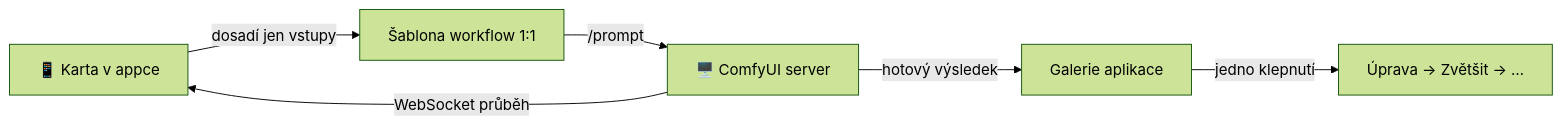
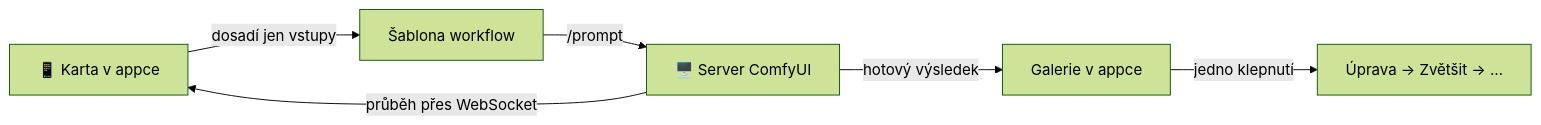
The diagram in README.md (Promptlab37/PocketComfy), drawn with Mermaid (forest theme) before and after one commit. The commit also changed other lines of this file and 70 other files, not shown here.

````diff
--- a/README.md
+++ b/README.md
@@ -135,8 +131,8 @@
 ```mermaid
 flowchart LR
-    A[📱 Karta v appce] -->|dosadí jen vstupy| B[Šablona workflow 1:1]
-    B -->|/prompt| C[🖥️ ComfyUI server]
-    C -->|WebSocket průběh| A
-    C -->|hotový výsledek| D[Galerie aplikace]
+    A[📱 Karta v appce] -->|dosadí jen vstupy| B[Šablona workflow]
+    B -->|/prompt| C[🖥️ Server ComfyUI]
+    C -->|průběh přes WebSocket| A
+    C -->|hotový výsledek| D[Galerie v appce]
     D -->|jedno klepnutí| E[Úprava → Zvětšit → …]
 ```
````
